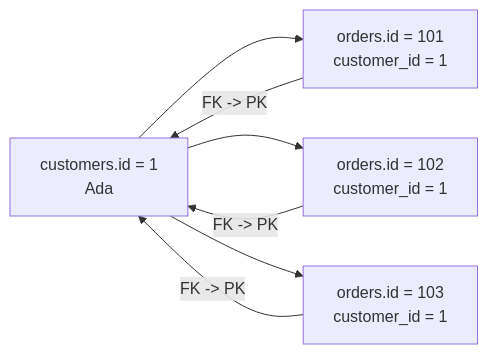
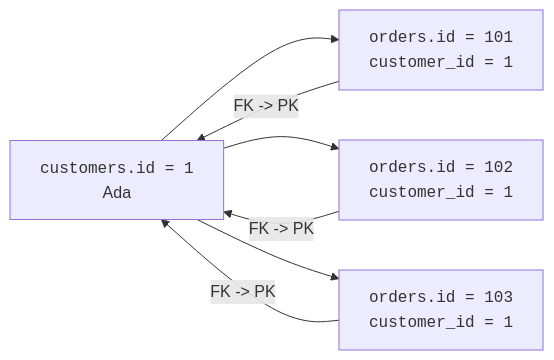
Before and after one commit to dataslope/dataslope: the third of 4 diagrams in content/learn/database-design-postgresql/one-to-many.mdx, drawn with Mermaid. The commit also changed other lines of this file and 218 other files, not shown here.

First line of the commit message:
Render code-only mermaid shapes in monospace; convert step sequences to Steps (#467)

````diff
--- a/content/learn/database-design-postgresql/one-to-many.mdx
+++ b/content/learn/database-design-postgresql/one-to-many.mdx
@@ -56,9 +56,9 @@
 ```mermaid
 flowchart LR
-    C["customers.id = 1<br/>Ada"] --> O1["orders.id = 101<br/>customer_id = 1"]
-    C --> O2["orders.id = 102<br/>customer_id = 1"]
-    C --> O3["orders.id = 103<br/>customer_id = 1"]
+    C["<code>customers.id = 1</code><br/>Ada"] --> O1["<code>orders.id = 101<br/>customer_id = 1</code>"]
+    C --> O2["<code>orders.id = 102<br/>customer_id = 1</code>"]
+    C --> O3["<code>orders.id = 103<br/>customer_id = 1</code>"]
     O1 -->|"FK -> PK"| C
     O2 -->|"FK -> PK"| C
     O3 -->|"FK -> PK"| C
 ```
````
